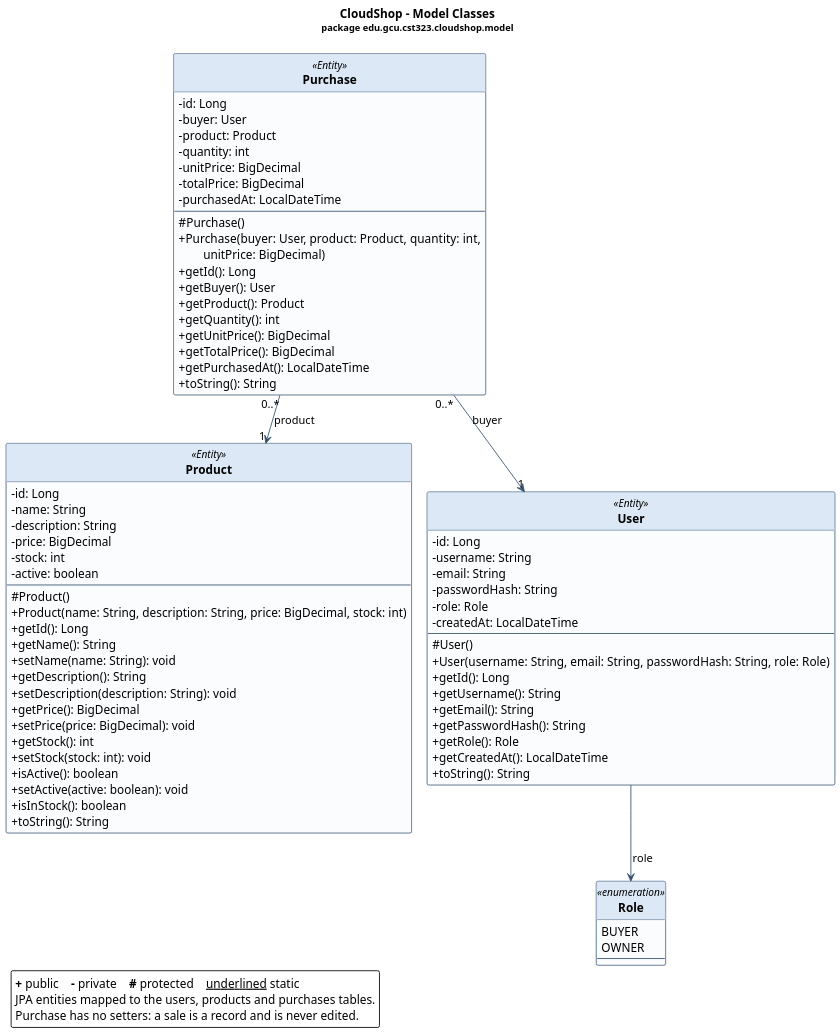
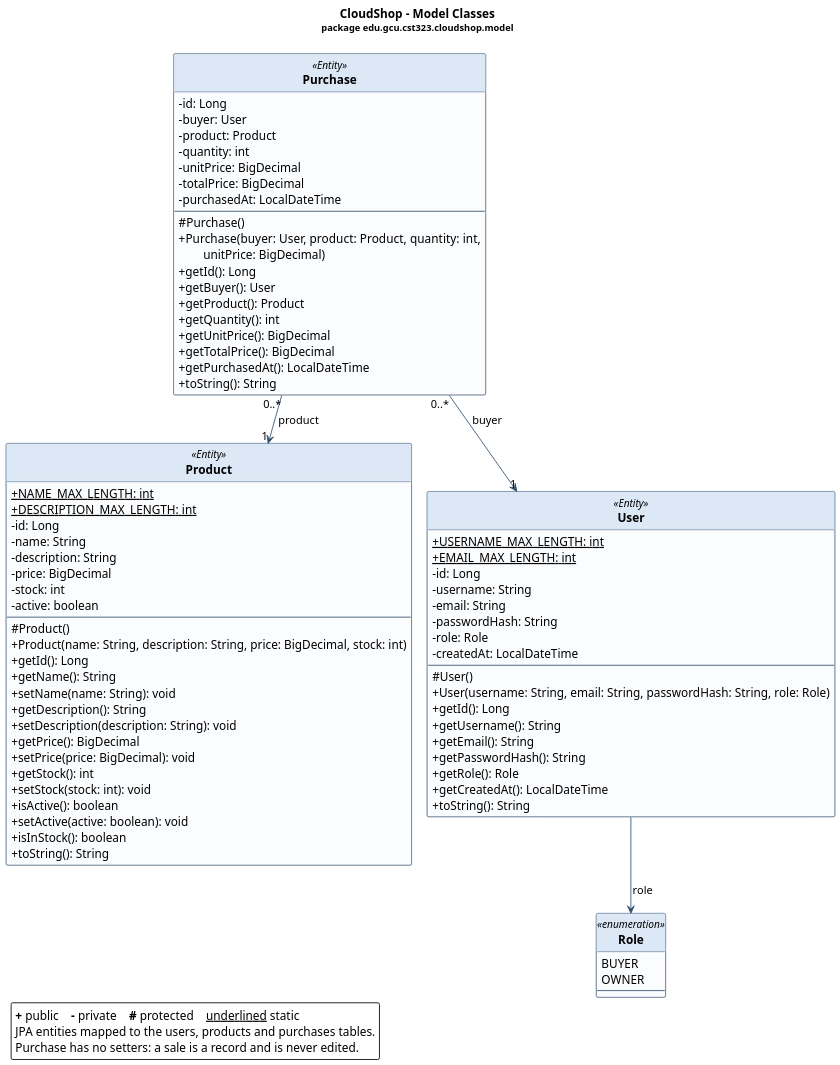
The diagram in docs/diagrams/uml-models.puml (dimijimz/cst-323-cloudshop), drawn with PlantUML before and after one commit. The commit also changed 11 other files, not shown here.

First line of the commit message:
Regenerate the class diagrams for Milestone 5 and export them

```diff
--- a/docs/diagrams/uml-models.puml
+++ b/docs/diagrams/uml-models.puml
@@ -1,106 +1,110 @@
 @startuml uml-models
 ' GENERATED by docs/diagrams/tools/UmlClassDiagrams.java from target/classes.
 ' Do not edit by hand: change the Java code and run docs/diagrams/render.sh.
 !pragma layout smetana
 skinparam dpi 150
 skinparam classAttributeIconSize 0
 skinparam backgroundColor white
 skinparam shadowing false
 skinparam defaultFontName Arial
 skinparam roundCorner 4
 skinparam class {
     BackgroundColor #FBFCFE
     BorderColor #33506E
     ArrowColor #33506E
     HeaderBackgroundColor #DCE8F5
     FontStyle bold
     BackgroundColor<<external>> #F2F2F2
     HeaderBackgroundColor<<external>> #E4E4E4
     BorderColor<<external>> #8A8A8A
 }
 hide circle
 hide <<external>> stereotype
 
 title CloudShop - Model Classes\n<size:11>package edu.gcu.cst323.cloudshop.model</size>
 
 class Product <<Entity>> {
+    + {static} NAME_MAX_LENGTH: int
+    + {static} DESCRIPTION_MAX_LENGTH: int
     - id: Long
     - name: String
     - description: String
     - price: BigDecimal
     - stock: int
     - active: boolean
     --
     # Product()
     + Product(name: String, description: String, price: BigDecimal, stock: int)
     + getId(): Long
     + getName(): String
     + setName(name: String): void
     + getDescription(): String
     + setDescription(description: String): void
     + getPrice(): BigDecimal
     + setPrice(price: BigDecimal): void
     + getStock(): int
     + setStock(stock: int): void
     + isActive(): boolean
     + setActive(active: boolean): void
     + isInStock(): boolean
     + toString(): String
 }
 
 class Purchase <<Entity>> {
     - id: Long
     - buyer: User
     - product: Product
     - quantity: int
     - unitPrice: BigDecimal
     - totalPrice: BigDecimal
     - purchasedAt: LocalDateTime
     --
     # Purchase()
     + Purchase(buyer: User, product: Product, quantity: int,\n        unitPrice: BigDecimal)
     + getId(): Long
     + getBuyer(): User
     + getProduct(): Product
     + getQuantity(): int
     + getUnitPrice(): BigDecimal
     + getTotalPrice(): BigDecimal
     + getPurchasedAt(): LocalDateTime
     + toString(): String
 }
 
 enum Role <<enumeration>> {
     BUYER
     OWNER
     --
 }
 
 class User <<Entity>> {
+    + {static} USERNAME_MAX_LENGTH: int
+    + {static} EMAIL_MAX_LENGTH: int
     - id: Long
     - username: String
     - email: String
     - passwordHash: String
     - role: Role
     - createdAt: LocalDateTime
     --
     # User()
     + User(username: String, email: String, passwordHash: String, role: Role)
     + getId(): Long
     + getUsername(): String
     + getEmail(): String
     + getPasswordHash(): String
     + getRole(): Role
     + getCreatedAt(): LocalDateTime
     + toString(): String
 }
 
 Purchase "0..*" --> "1" User : buyer
 Purchase "0..*" --> "1" Product : product
 User --> Role : role
 
 legend bottom left
     <b>+</b> public    <b>-</b> private    <b>#</b> protected    <u>underlined</u> static
     JPA entities mapped to the users, products and purchases tables.
     Purchase has no setters: a sale is a record and is never edited.
 endlegend
 @enduml
```
